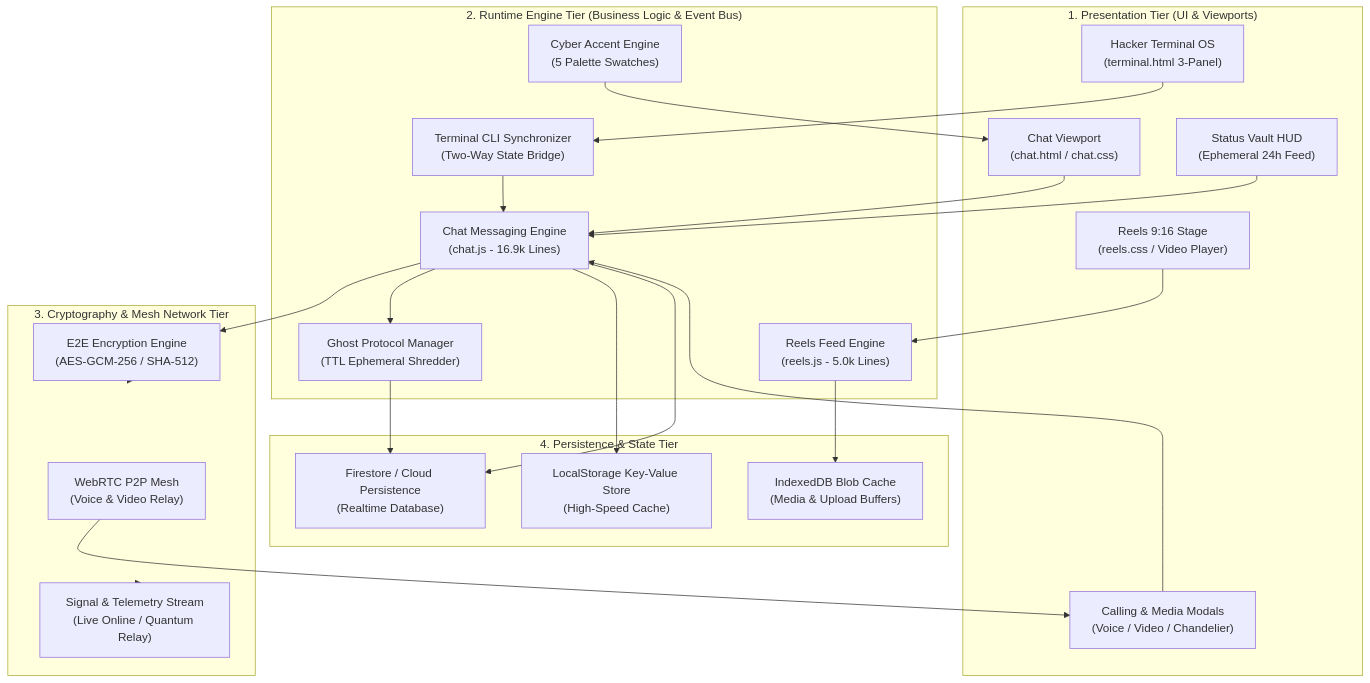
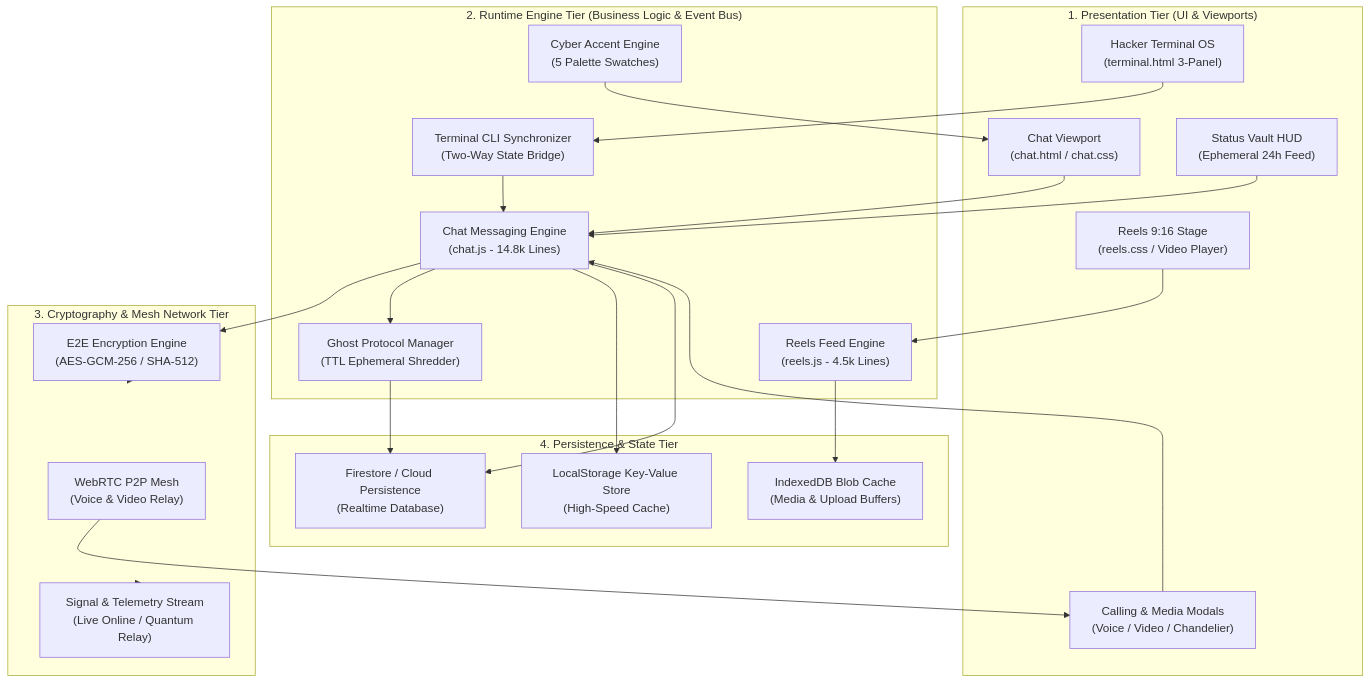
One commit to alexhack235-code/NEXCHAT changed the first of 3 diagrams in count.md. Above: the diagram before and after it, drawn with Mermaid. The commit also changed other lines of this file and 1 other file, not shown here.

````diff
--- a/count.md
+++ b/count.md
@@ -22,49 +22,49 @@
 ```mermaid
 flowchart TD
     subgraph PRESENTATION["1. Presentation Tier (UI & Viewports)"]
         UI_CHAT["Chat Viewport<br/>(chat.html / chat.css)"]
         UI_REELS["Reels 9:16 Stage<br/>(reels.css / Video Player)"]
         UI_TERM["Hacker Terminal OS<br/>(terminal.html 3-Panel)"]
         UI_STATUS["Status Vault HUD<br/>(Ephemeral 24h Feed)"]
         UI_MODALS["Calling & Media Modals<br/>(Voice / Video / Chandelier)"]
     end
 
     subgraph RUNTIME["2. Runtime Engine Tier (Business Logic & Event Bus)"]
-        CORE_CHAT["Chat Messaging Engine<br/>(chat.js - 16.9k Lines)"]
-        CORE_REELS["Reels Feed Engine<br/>(reels.js - 5.0k Lines)"]
+        CORE_CHAT["Chat Messaging Engine<br/>(chat.js - 14.8k Lines)"]
+        CORE_REELS["Reels Feed Engine<br/>(reels.js - 4.5k Lines)"]
         CORE_TERM["Terminal CLI Synchronizer<br/>(Two-Way State Bridge)"]
         CORE_THEME["Cyber Accent Engine<br/>(5 Palette Swatches)"]
         CORE_GHOST["Ghost Protocol Manager<br/>(TTL Ephemeral Shredder)"]
     end
 
     subgraph PROTOCOL["3. Cryptography & Mesh Network Tier"]
         CRYPTO["E2E Encryption Engine<br/>(AES-GCM-256 / SHA-512)"]
         WEBRTC["WebRTC P2P Mesh<br/>(Voice & Video Relay)"]
         SIGNAL["Signal & Telemetry Stream<br/>(Live Online / Quantum Relay)"]
     end
 
     subgraph STORAGE["4. Persistence & State Tier"]
         DB_CLOUD["Firestore / Cloud Persistence<br/>(Realtime Database)"]
         DB_LOCAL["LocalStorage Key-Value Store<br/>(High-Speed Cache)"]
         DB_MEDIA["IndexedDB Blob Cache<br/>(Media & Upload Buffers)"]
     end
 
     UI_CHAT --> CORE_CHAT
     UI_REELS --> CORE_REELS
     UI_TERM --> CORE_TERM
     UI_STATUS --> CORE_CHAT
     UI_MODALS --> CORE_CHAT
 
     CORE_CHAT --> CRYPTO
     CORE_CHAT --> CORE_GHOST
     CORE_REELS --> DB_MEDIA
     CORE_TERM --> CORE_CHAT
     CORE_THEME --> UI_CHAT
 
     CRYPTO --> PROTOCOL
     PROTOCOL --> SIGNAL
     WEBRTC --> UI_MODALS
     CORE_GHOST --> DB_CLOUD
     CORE_CHAT --> DB_LOCAL
     CORE_CHAT --> DB_CLOUD
 ```
````
